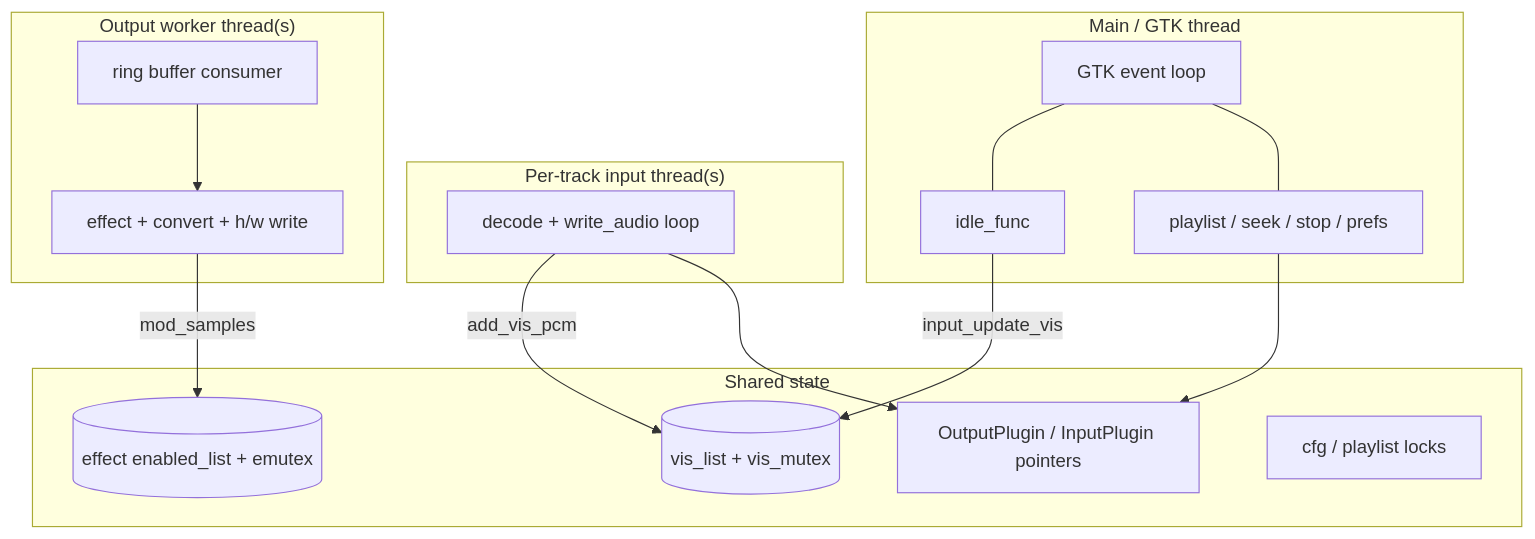
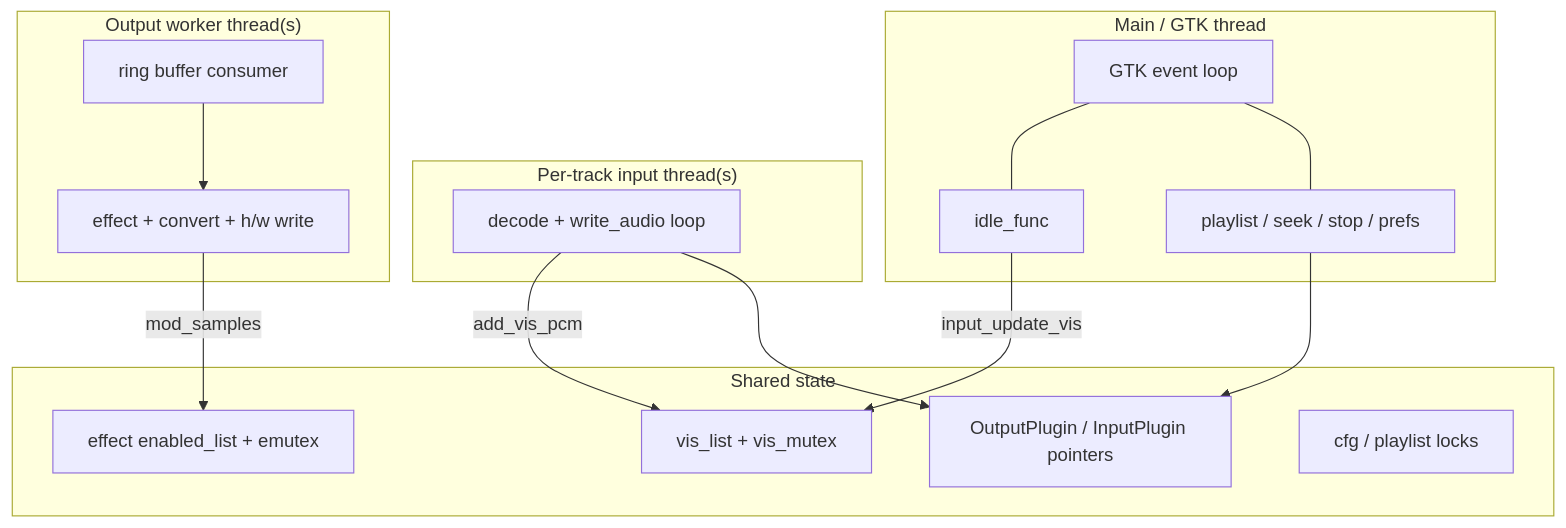
The eighth of 10 diagrams in docs/architecture/processing-pipeline.md (tuunanet/xmms-gtk4-experimental), drawn with Mermaid before and after one commit. The commit also changed other lines of this file and 5 other files, not shown here.

First line of the commit message:
Fix GitHub Mermaid parse errors in architecture diagrams

````diff
--- a/docs/architecture/processing-pipeline.md
+++ b/docs/architecture/processing-pipeline.md
@@ -355,33 +355,33 @@
 ```mermaid
 flowchart TB
     subgraph Main["Main / GTK thread"]
         GTK[GTK event loop]
         IDLE[idle_func]
         PLCTL[playlist / seek / stop / prefs]
         GTK --- IDLE
         GTK --- PLCTL
     end
 
     subgraph InT["Per-track input thread(s)"]
         DEC[decode + write_audio loop]
     end
 
     subgraph OutT["Output worker thread(s)"]
         RING[ring buffer consumer]
         FX[effect + convert + h/w write]
         RING --> FX
     end
 
     subgraph Shared["Shared state"]
-        VQ[(vis_list + vis_mutex)]
-        EL[(effect enabled_list + emutex)]
+        VQ["vis_list + vis_mutex"]
+        EL["effect enabled_list + emutex"]
         OPS[OutputPlugin / InputPlugin pointers]
         CFG2[cfg / playlist locks]
     end
 
     DEC -->|add_vis_pcm| VQ
     IDLE -->|input_update_vis| VQ
     FX -->|mod_samples| EL
     PLCTL --> OPS
     DEC --> OPS
 ```
````
